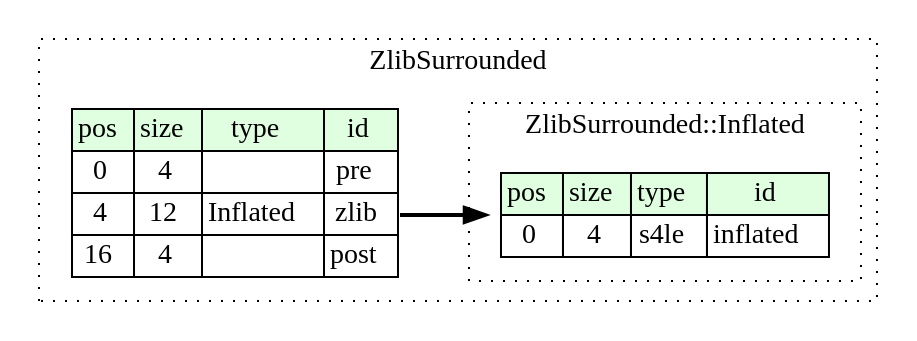
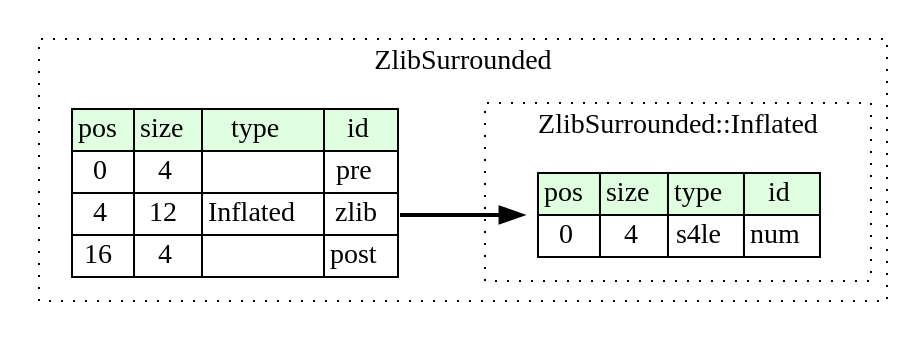
One commit to kaitai-io/ci_targets changed the diagram in compiled/graphviz/zlib_surrounded.dot. Above: the diagram before and after it, drawn with Graphviz. The commit also changed 101 other files, not shown here.

```diff
--- a/compiled/graphviz/zlib_surrounded.dot
+++ b/compiled/graphviz/zlib_surrounded.dot
@@ -1,25 +1,25 @@
 digraph {
 	rankdir=LR;
 	node [shape=plaintext];
 	subgraph cluster__zlib_surrounded {
 		label="ZlibSurrounded";
 		graph[style=dotted];
 
 		zlib_surrounded__seq [label=<<TABLE BORDER="0" CELLBORDER="1" CELLSPACING="0">
 			<TR><TD BGCOLOR="#E0FFE0">pos</TD><TD BGCOLOR="#E0FFE0">size</TD><TD BGCOLOR="#E0FFE0">type</TD><TD BGCOLOR="#E0FFE0">id</TD></TR>
 			<TR><TD PORT="pre_pos">0</TD><TD PORT="pre_size">4</TD><TD></TD><TD PORT="pre_type">pre</TD></TR>
 			<TR><TD PORT="zlib_pos">4</TD><TD PORT="zlib_size">12</TD><TD>Inflated</TD><TD PORT="zlib_type">zlib</TD></TR>
 			<TR><TD PORT="post_pos">16</TD><TD PORT="post_size">4</TD><TD></TD><TD PORT="post_type">post</TD></TR>
 		</TABLE>>];
 		subgraph cluster__inflated {
 			label="ZlibSurrounded::Inflated";
 			graph[style=dotted];
 
 			inflated__seq [label=<<TABLE BORDER="0" CELLBORDER="1" CELLSPACING="0">
 				<TR><TD BGCOLOR="#E0FFE0">pos</TD><TD BGCOLOR="#E0FFE0">size</TD><TD BGCOLOR="#E0FFE0">type</TD><TD BGCOLOR="#E0FFE0">id</TD></TR>
-				<TR><TD PORT="inflated_pos">0</TD><TD PORT="inflated_size">4</TD><TD>s4le</TD><TD PORT="inflated_type">inflated</TD></TR>
+				<TR><TD PORT="num_pos">0</TD><TD PORT="num_size">4</TD><TD>s4le</TD><TD PORT="num_type">num</TD></TR>
 			</TABLE>>];
 		}
 	}
 	zlib_surrounded__seq:zlib_type -> inflated__seq [style=bold];
 }
```
